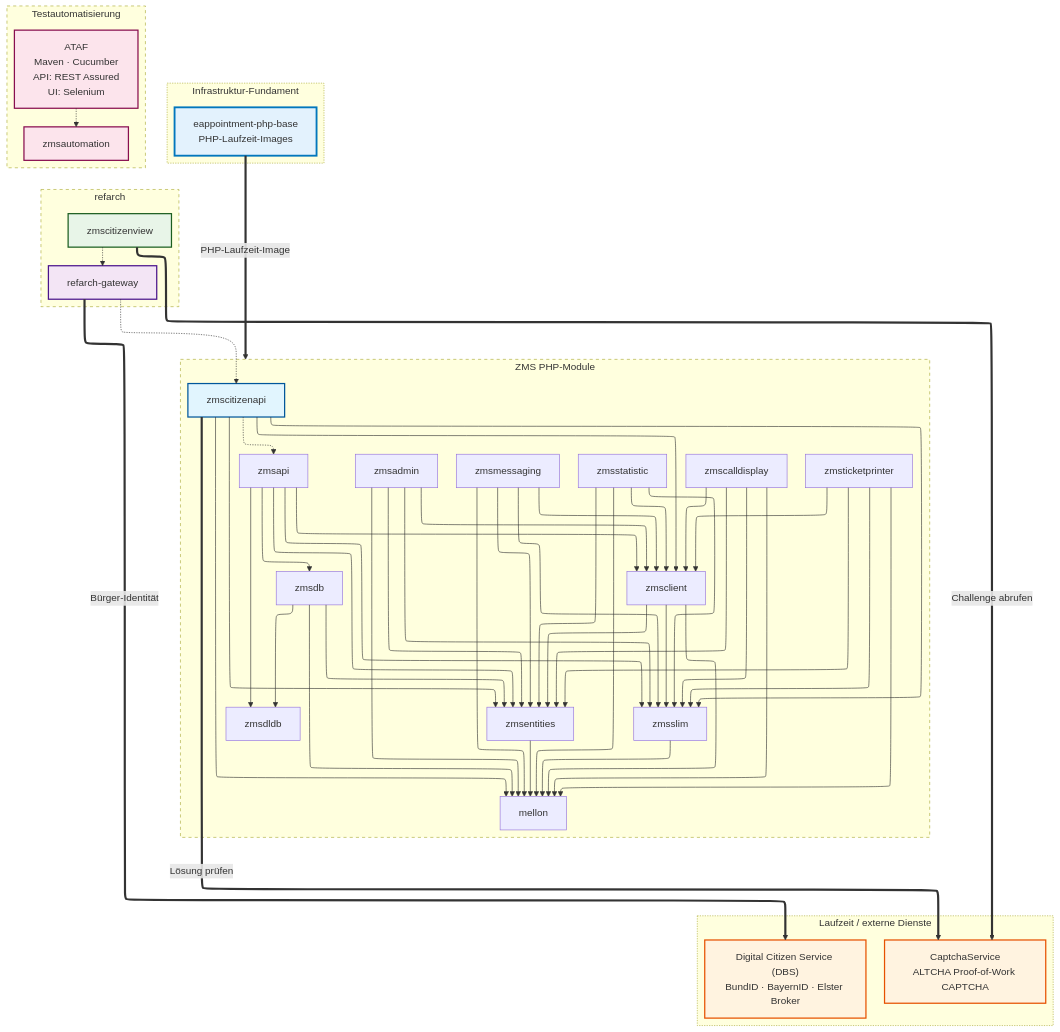
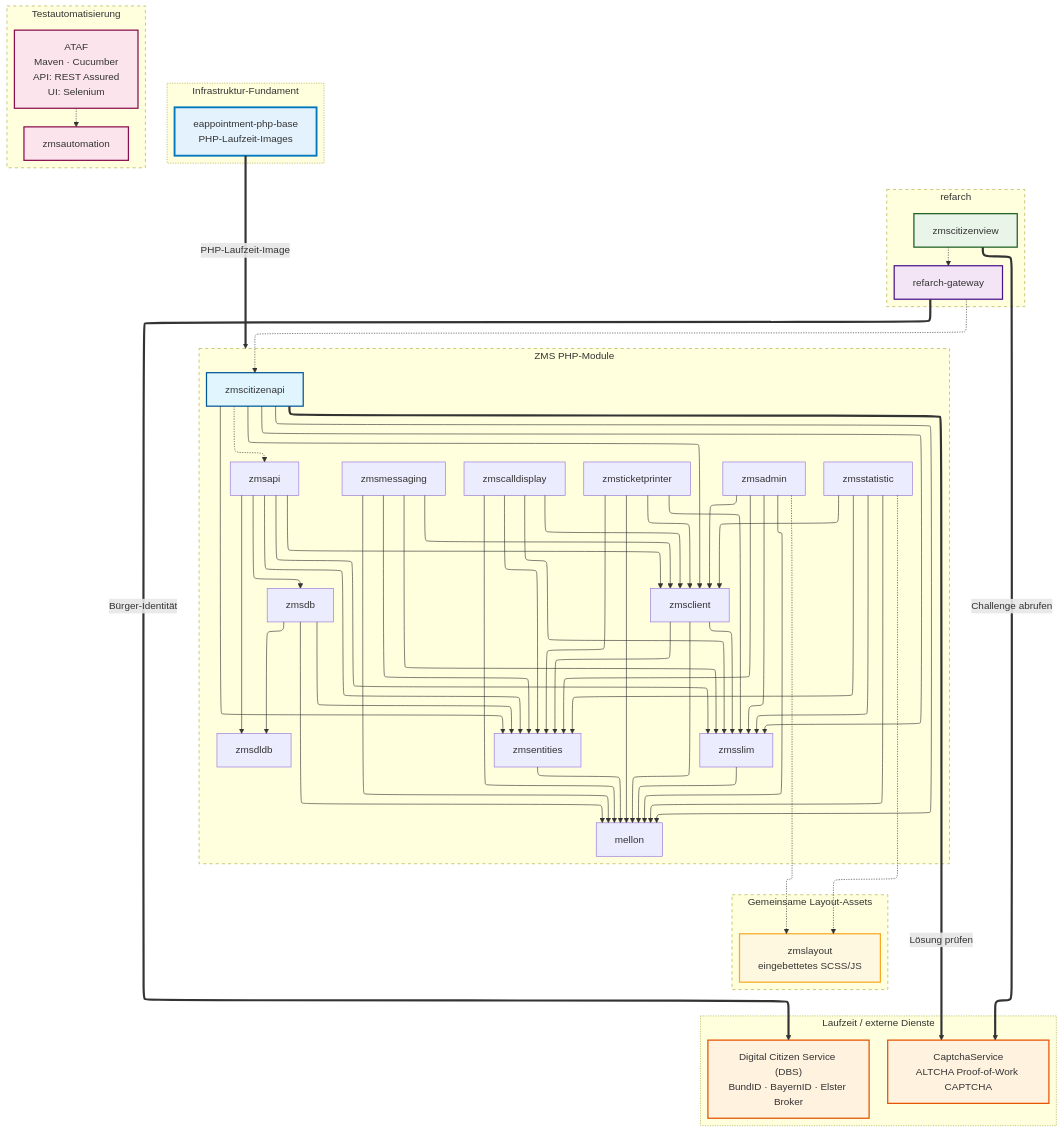
Before and after one commit to it-at-m/eappointment: the diagram in docs/de/setup-and-development/development-rules/dependency-graph.md, drawn with Mermaid. The commit also changed other lines of this file and 6 other files, not shown here.

First line of the commit message:
docs(ZMSKVR-1321): document zmslayout in dependency graphs and roadmap

````diff
--- a/docs/de/setup-and-development/development-rules/dependency-graph.md
+++ b/docs/de/setup-and-development/development-rules/dependency-graph.md
@@ -34,6 +35,10 @@
     zmsslim --> mellon;
 
     zmscitizenapi --> mellon & zmsslim & zmsclient & zmsentities;
+
+    %% npm-file:-Abhängigkeiten (gestrichelt)
+    zmsadmin -.-> zmslayout;
+    zmsstatistic -.-> zmslayout;
 
     %% Build-/Integrationsabhängigkeiten (gestrichelt)
     zmscitizenapi -.-> zmsapi;
@@ -90,6 +95,11 @@
         zmsautomation
     end
 
+    subgraph shared_frontend [Gemeinsame Layout-Assets]
+        style shared_frontend stroke-dasharray: 5, 2, 1, 2
+        zmslayout["zmslayout<br>eingebettetes SCSS/JS"]
+    end
+
     %% Stilisierung
     classDef citizenapi fill:#e1f5fe,stroke:#01579b,stroke-width:2px;
     classDef gateway fill:#f3e5f5,stroke:#4a148c,stroke-width:2px;
@@ -97,6 +107,7 @@
     classDef runtimeSvc fill:#fff3e0,stroke:#e65100,stroke-width:2px;
     classDef infra fill:#e3f2fd,stroke:#0277bd,stroke-width:3px;
     classDef automation fill:#fce4ec,stroke:#880e4f,stroke-width:2px;
+    classDef layout fill:#fff8e1,stroke:#f9a825,stroke-width:2px;
 
     class zmscitizenapi citizenapi;
     class refarch-gateway gateway;
@@ -106,4 +117,5 @@
     class phpbase infra;
     class zmsautomation automation;
     class ataf automation;
+    class zmslayout layout;
 ```
````
